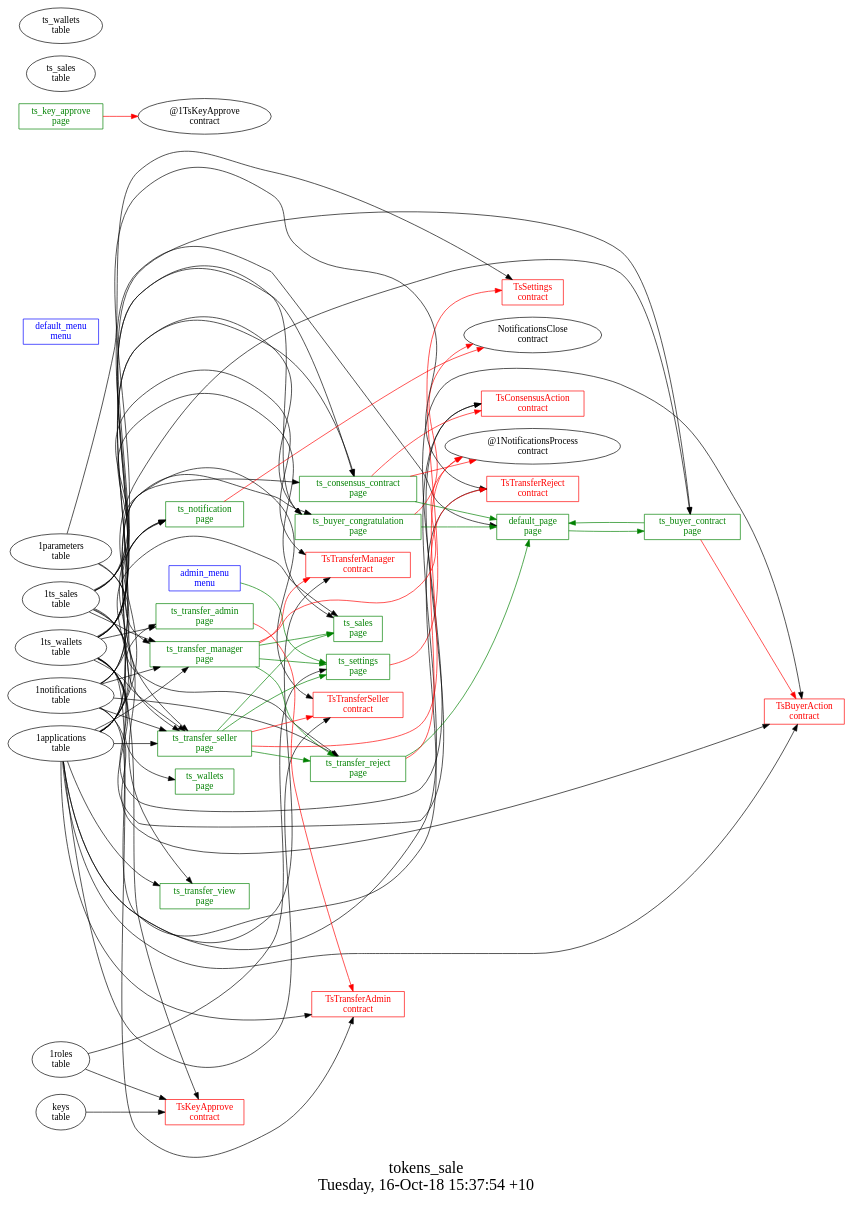
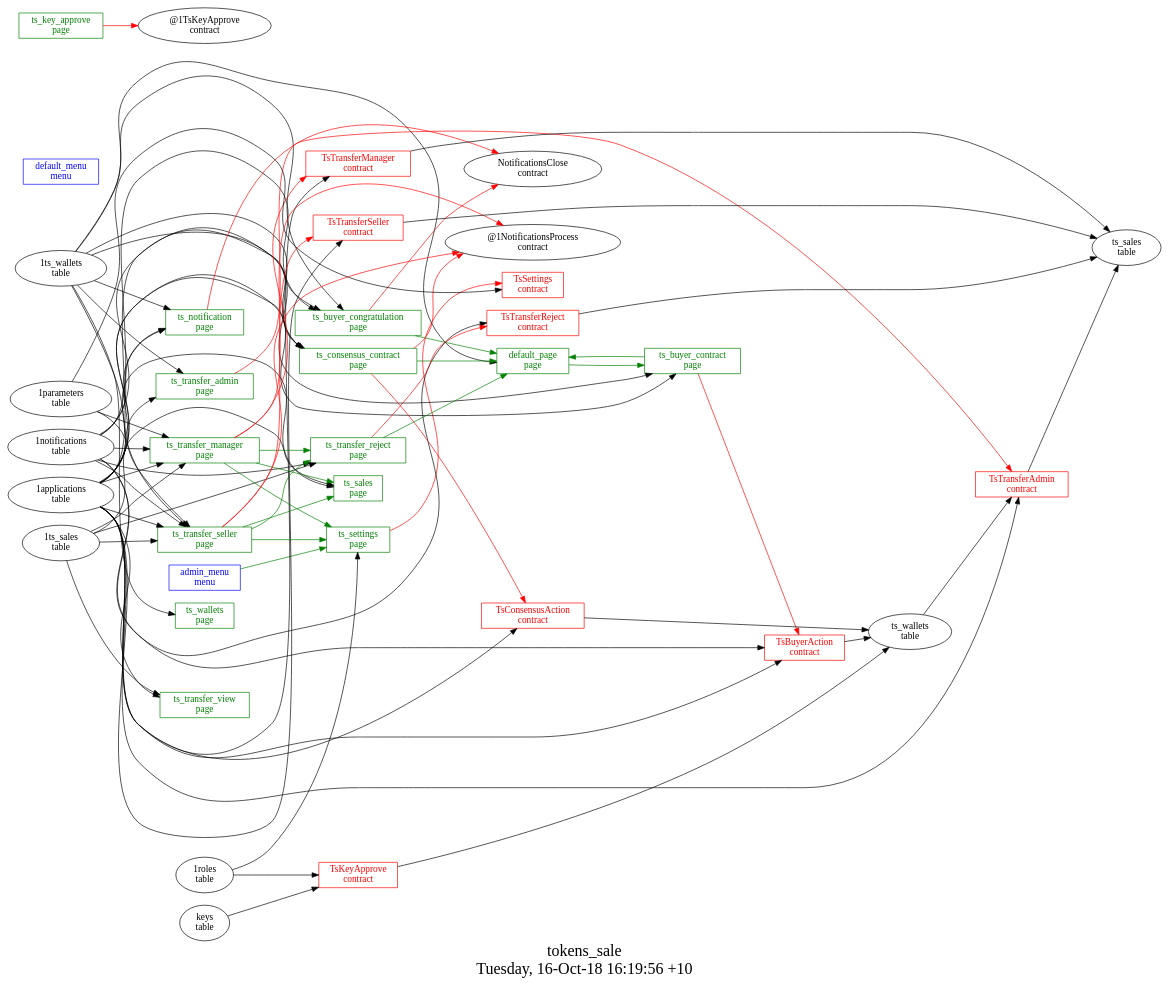
The diagram in other/tokens_sale/struct.dot (AplaProject/apps), drawn with Graphviz before and after one commit. The commit also changed 16 other files, not shown here.

Commit message:
Fixed tokens_sale

```diff
--- a/other/tokens_sale/struct.dot
+++ b/other/tokens_sale/struct.dot
@@ -1,107 +1,108 @@
 digraph G {
 fontsize="24";
-label="tokens_sale\nTuesday, 16-Oct-18 15:37:54 +10";
+label="tokens_sale\nTuesday, 16-Oct-18 16:19:56 +10";
 nojustify=true;
 ordering=out;
 rankdir=LR;
 size="30";
 "admin_menu\nmenu" -> "ts_settings\npage"  [ color=green ]
 "admin_menu\nmenu" [color=blue, fontcolor=blue, group=menus, shape=record];
 "default_menu\nmenu" [color=blue, fontcolor=blue, group=menus, shape=record];
 "1ts_wallets\ntable" -> "default_page\npage"
 "default_page\npage" -> "ts_buyer_contract\npage"  [ color=green ]
 "default_page\npage" [color=green, fontcolor=green, group=pages, shape=record];
 "ts_buyer_congratulation\npage" -> "NotificationsClose\ncontract"  [ color=red ]
 "1applications\ntable" -> "ts_buyer_congratulation\npage"
 "1notifications\ntable" -> "ts_buyer_congratulation\npage"
 "1ts_wallets\ntable" -> "ts_buyer_congratulation\npage"
 "ts_buyer_congratulation\npage" -> "default_page\npage"  [ color=green ]
 "ts_buyer_congratulation\npage" [color=green, fontcolor=green, group=pages, shape=record];
 "ts_buyer_contract\npage" -> "TsBuyerAction\ncontract"  [ color=red ]
 "1applications\ntable" -> "ts_buyer_contract\npage"
 "1ts_wallets\ntable" -> "ts_buyer_contract\npage"
 "ts_buyer_contract\npage" -> "default_page\npage"  [ color=green ]
 "ts_buyer_contract\npage" [color=green, fontcolor=green, group=pages, shape=record];
 "ts_consensus_contract\npage" -> "TsConsensusAction\ncontract"  [ color=red ]
 "ts_consensus_contract\npage" -> "@1NotificationsProcess\ncontract"  [ color=red ]
 "1applications\ntable" -> "ts_consensus_contract\npage"
 "1notifications\ntable" -> "ts_consensus_contract\npage"
 "1ts_wallets\ntable" -> "ts_consensus_contract\npage"
 "ts_consensus_contract\npage" -> "default_page\npage"  [ color=green ]
 "ts_consensus_contract\npage" [color=green, fontcolor=green, group=pages, shape=record];
 "ts_key_approve\npage" -> "@1TsKeyApprove\ncontract"  [ color=red ]
 "ts_key_approve\npage" [color=green, fontcolor=green, group=pages, shape=record];
 "ts_notification\npage" -> "NotificationsClose\ncontract"  [ color=red ]
 "1applications\ntable" -> "ts_notification\npage"
 "1notifications\ntable" -> "ts_notification\npage"
 "1ts_wallets\ntable" -> "ts_notification\npage"
 "ts_notification\npage" [color=green, fontcolor=green, group=pages, shape=record];
 "1applications\ntable" -> "ts_sales\npage"
 "1ts_sales\ntable" -> "ts_sales\npage"
 "ts_sales\npage" [color=green, fontcolor=green, group=pages, shape=record];
 "ts_settings\npage" -> "TsSettings\ncontract"  [ color=red ]
 "1roles\ntable" -> "ts_settings\npage"
 "ts_settings\npage" [color=green, fontcolor=green, group=pages, shape=record];
 "ts_transfer_admin\npage" -> "TsTransferAdmin\ncontract"  [ color=red ]
 "1applications\ntable" -> "ts_transfer_admin\npage"
 "1ts_wallets\ntable" -> "ts_transfer_admin\npage"
 "ts_transfer_admin\npage" [color=green, fontcolor=green, group=pages, shape=record];
 "ts_transfer_manager\npage" -> "TsTransferManager\ncontract"  [ color=red ]
 "ts_transfer_manager\npage" -> "@1NotificationsProcess\ncontract"  [ color=red ]
 "1applications\ntable" -> "ts_transfer_manager\npage"
 "1notifications\ntable" -> "ts_transfer_manager\npage"
 "1ts_sales\ntable" -> "ts_transfer_manager\npage"
 "1parameters\ntable" -> "ts_transfer_manager\npage"
 "ts_transfer_manager\npage" -> "ts_transfer_reject\npage"  [ color=green ]
 "ts_transfer_manager\npage" -> "ts_sales\npage"  [ color=green ]
 "ts_transfer_manager\npage" -> "ts_settings\npage"  [ color=green ]
 "ts_transfer_manager\npage" [color=green, fontcolor=green, group=pages, shape=record];
 "ts_transfer_reject\npage" -> "TsTransferReject\ncontract"  [ color=red ]
 "1notifications\ntable" -> "ts_transfer_reject\npage"
 "1ts_sales\ntable" -> "ts_transfer_reject\npage"
 "ts_transfer_reject\npage" -> "default_page\npage"  [ color=green ]
 "ts_transfer_reject\npage" [color=green, fontcolor=green, group=pages, shape=record];
 "ts_transfer_seller\npage" -> "TsTransferSeller\ncontract"  [ color=red ]
 "ts_transfer_seller\npage" -> "@1NotificationsProcess\ncontract"  [ color=red ]
 "1applications\ntable" -> "ts_transfer_seller\npage"
 "1notifications\ntable" -> "ts_transfer_seller\npage"
 "1ts_sales\ntable" -> "ts_transfer_seller\npage"
 "1ts_wallets\ntable" -> "ts_transfer_seller\npage"
 "1parameters\ntable" -> "ts_transfer_seller\npage"
 "ts_transfer_seller\npage" -> "ts_transfer_reject\npage"  [ color=green ]
 "ts_transfer_seller\npage" -> "ts_sales\npage"  [ color=green ]
 "ts_transfer_seller\npage" -> "ts_settings\npage"  [ color=green ]
 "ts_transfer_seller\npage" [color=green, fontcolor=green, group=pages, shape=record];
 "1applications\ntable" -> "ts_transfer_view\npage"
 "1ts_sales\ntable" -> "ts_transfer_view\npage"
 "ts_transfer_view\npage" [color=green, fontcolor=green, group=pages, shape=record];
 "1ts_wallets\ntable" -> "ts_wallets\npage"
 "ts_wallets\npage" [color=green, fontcolor=green, group=pages, shape=record];
+"TsBuyerAction\ncontract" -> "ts_wallets\ntable"  [ color="" ]
 "1applications\ntable" -> "TsBuyerAction\ncontract"
-"1ts_wallets\ntable" -> "TsBuyerAction\ncontract"
 "1notifications\ntable" -> "TsBuyerAction\ncontract"
 "TsBuyerAction\ncontract" [color=red, fontcolor=red, group=contracts, shape=record];
+"TsConsensusAction\ncontract" -> "ts_wallets\ntable"  [ color="" ]
 "1applications\ntable" -> "TsConsensusAction\ncontract"
-"1ts_wallets\ntable" -> "TsConsensusAction\ncontract"
 "TsConsensusAction\ncontract" [color=red, fontcolor=red, group=contracts, shape=record];
-"1ts_wallets\ntable" -> "TsKeyApprove\ncontract"
+"TsKeyApprove\ncontract" -> "ts_wallets\ntable"  [ color="" ]
 "keys\ntable" -> "TsKeyApprove\ncontract"
 "1roles\ntable" -> "TsKeyApprove\ncontract"
 "TsKeyApprove\ncontract" [color=red, fontcolor=red, group=contracts, shape=record];
 "1parameters\ntable" -> "TsSettings\ncontract"
 "TsSettings\ncontract" [color=red, fontcolor=red, group=contracts, shape=record];
+"TsTransferAdmin\ncontract" -> "ts_sales\ntable"  [ color="" ]
 "1applications\ntable" -> "TsTransferAdmin\ncontract"
-"1ts_wallets\ntable" -> "TsTransferAdmin\ncontract"
+"ts_wallets\ntable" -> "TsTransferAdmin\ncontract"
 "TsTransferAdmin\ncontract" [color=red, fontcolor=red, group=contracts, shape=record];
+"TsTransferManager\ncontract" -> "ts_sales\ntable"  [ color="" ]
 "1applications\ntable" -> "TsTransferManager\ncontract"
-"1ts_sales\ntable" -> "TsTransferManager\ncontract"
 "TsTransferManager\ncontract" [color=red, fontcolor=red, group=contracts, shape=record];
+"TsTransferReject\ncontract" -> "ts_sales\ntable"  [ color="" ]
 "1notifications\ntable" -> "TsTransferReject\ncontract"
-"1ts_sales\ntable" -> "TsTransferReject\ncontract"
 "TsTransferReject\ncontract" [color=red, fontcolor=red, group=contracts, shape=record];
+"TsTransferSeller\ncontract" -> "ts_sales\ntable"  [ color="" ]
 "1applications\ntable" -> "TsTransferSeller\ncontract"
-"1ts_sales\ntable" -> "TsTransferSeller\ncontract"
 "TsTransferSeller\ncontract" [color=red, fontcolor=red, group=contracts, shape=record];
 "ts_sales\ntable" [color="", fontcolor="", group=tables, shape=""];
 "ts_wallets\ntable" [color="", fontcolor="", group=tables, shape=""];
 }
```
